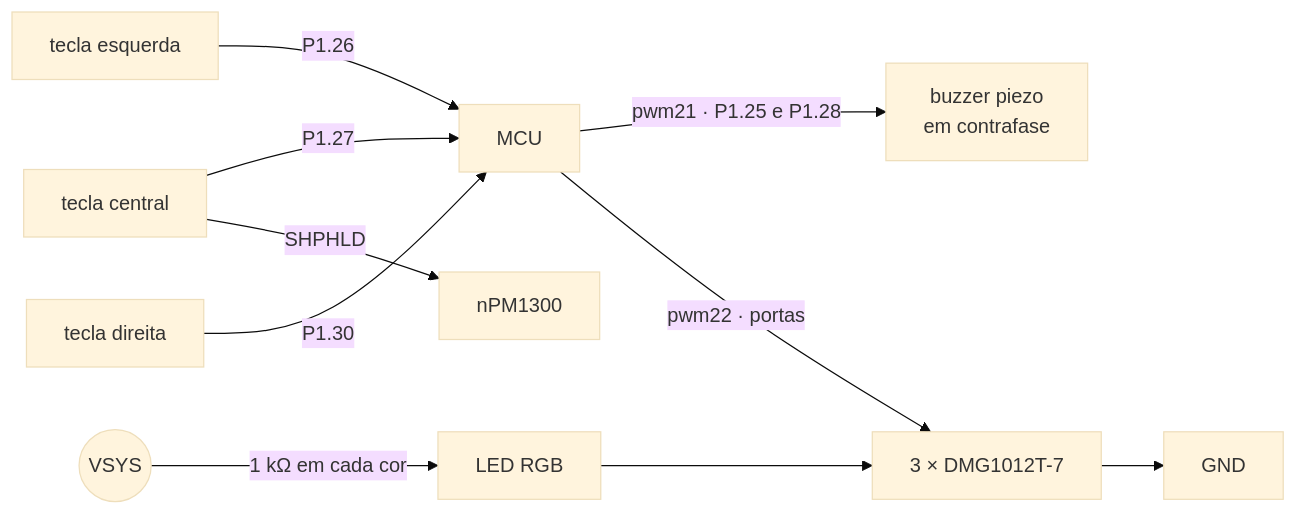
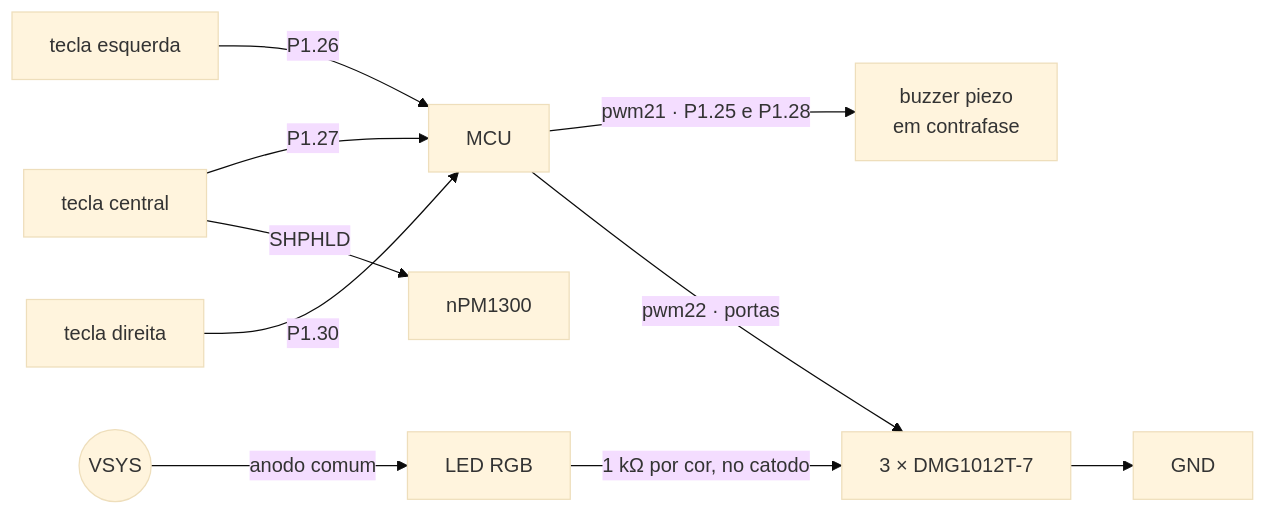
One commit to Guiimartinho/gnss-bike-computer changed the sixth of 6 diagrams in hardware_gnssbike/01-esquematico.md. Above: the diagram before and after it, drawn with Mermaid (base theme). The commit also changed other lines of this file and 11 other files, not shown here.

First line of the commit message:
feat(hardware): finish the schematic, and the second dry-run that took it apart again

````diff
--- a/hardware_gnssbike/01-esquematico.md
+++ b/hardware_gnssbike/01-esquematico.md
@@ -327,11 +392,12 @@
 ```mermaid
 flowchart LR
     K1["tecla esquerda"] -->|"P1.26"| MCU
     K2["tecla central"] -->|"P1.27"| MCU
     K2 -->|"SHPHLD"| NPM["nPM1300"]
     K3["tecla direita"] -->|"P1.30"| MCU["MCU"]
     MCU -->|"pwm21 · P1.25 e P1.28"| BUZ["buzzer piezo<br/>em contrafase"]
-    VSYS(("VSYS")) -->|"1 kΩ em cada cor"| RGB["LED RGB"]
-    RGB --> FETS["3 × DMG1012T-7"] --> GND2["GND"]
+    VSYS(("VSYS")) -->|"anodo comum"| RGB["LED RGB"]
+    RGB -->|"1 kΩ por cor, no catodo"| FETS["3 × DMG1012T-7"]
+    FETS --> GND2["GND"]
     MCU -->|"pwm22 · portas"| FETS
 ```
````
